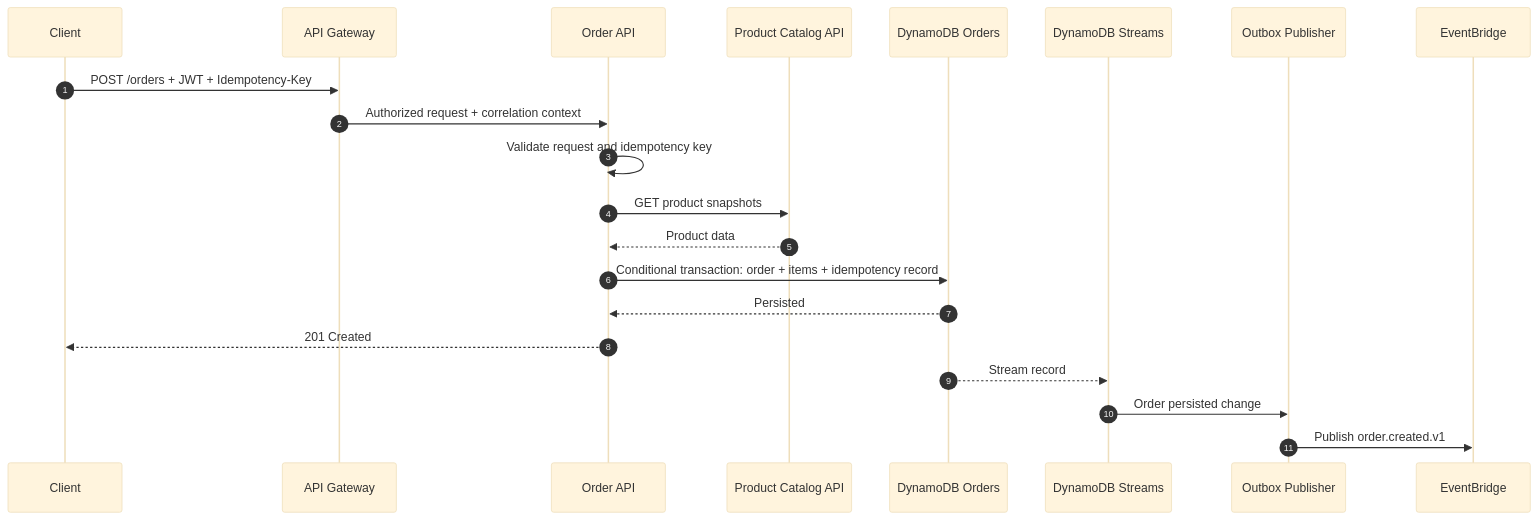
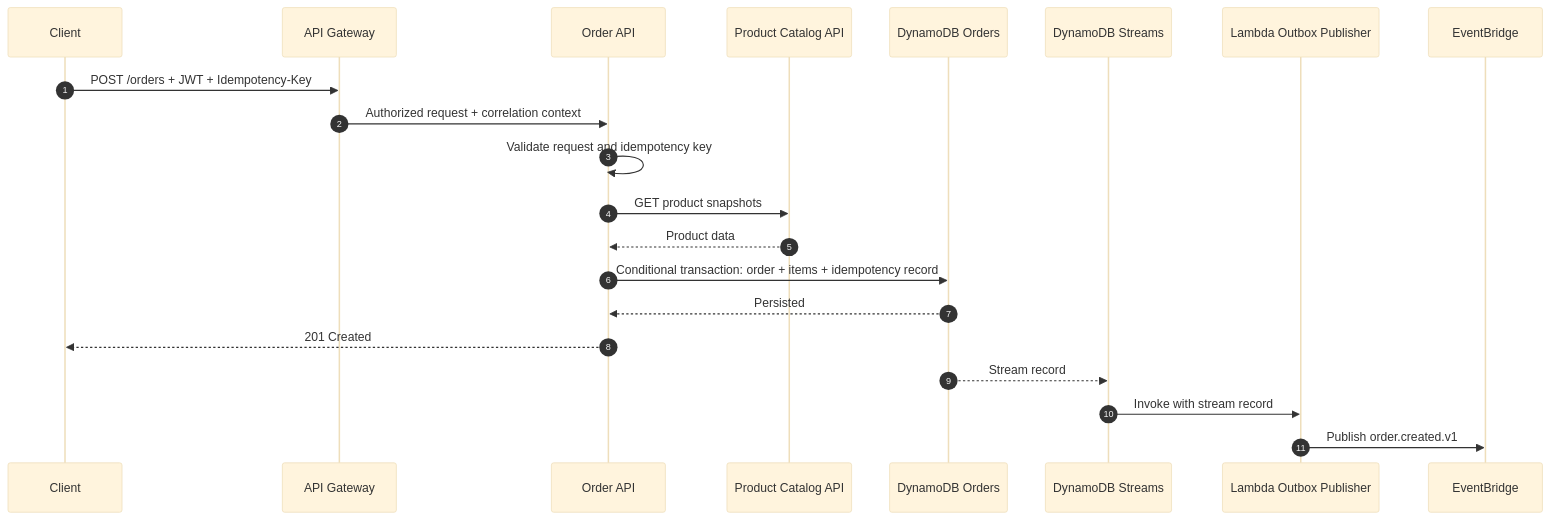
The diagram in diagrams/sequence-create-order.mmd (juanmquijano0/architect-manifest-example), drawn with Mermaid (base theme) before and after one commit. The commit also changed other lines of this file and 23 other files, not shown here.

Commit message:
Fix architecture validation readiness

```diff
--- a/diagrams/sequence-create-order.mmd
+++ b/diagrams/sequence-create-order.mmd
@@ -1,22 +1,22 @@
 sequenceDiagram
   autonumber
   participant C as Client
   participant G as API Gateway
   participant A as Order API
   participant P as Product Catalog API
   participant D as DynamoDB Orders
   participant S as DynamoDB Streams
-  participant O as Outbox Publisher
+  participant O as Lambda Outbox Publisher
   participant E as EventBridge
 
   C->>G: POST /orders + JWT + Idempotency-Key
   G->>A: Authorized request + correlation context
   A->>A: Validate request and idempotency key
   A->>P: GET product snapshots
   P-->>A: Product data
   A->>D: Conditional transaction: order + items + idempotency record
   D-->>A: Persisted
   A-->>C: 201 Created
   D-->>S: Stream record
-  S->>O: Order persisted change
+  S->>O: Invoke with stream record
   O->>E: Publish order.created.v1
```
